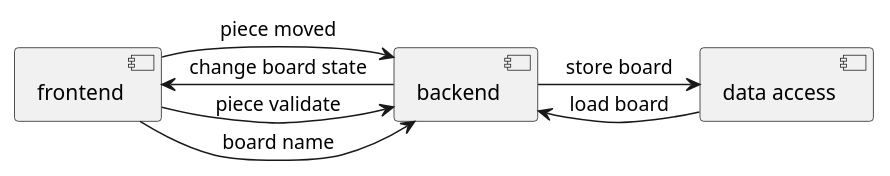
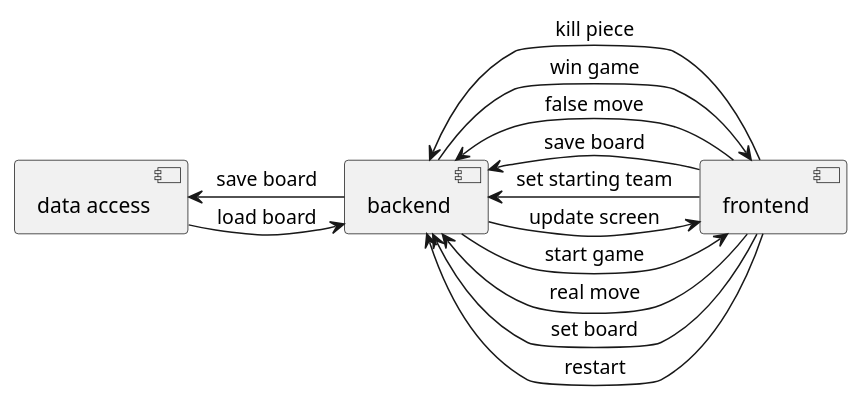
Before and after one commit to JeremiSz/Chess: the diagram in documentation/networkMap.puml, drawn with PlantUML. The commit also changed 37 other files, not shown here.

```diff
--- a/documentation/networkMap.puml
+++ b/documentation/networkMap.puml
@@ -1,11 +1,17 @@
 @startuml
 
-[frontend] -> [backend] : piece moved
-[frontend] -> [backend] : piece validate
-[frontend] -> [backend] : board name
-[frontend] <- [backend] : change board state
+[backend] -> [frontend] : start game
+[data access] <- [backend] : save board
+[backend] -> [frontend] : update screen
+[backend] -> [frontend] : win game
+[frontend] -> [backend] : real move
+[frontend] -> [backend] : save board
+[frontend] -> [backend] : kill piece
+[frontend] -> [backend] : set starting team
+[frontend] -> [backend] : set board
+[frontend] -> [backend] : restart
+[frontend] -> [backend] : false move
 
-[backend] -> [data access] : store board
-[backend] <- [data access] : load board
+[data access] -> [backend] : load board
 
 @enduml
```
